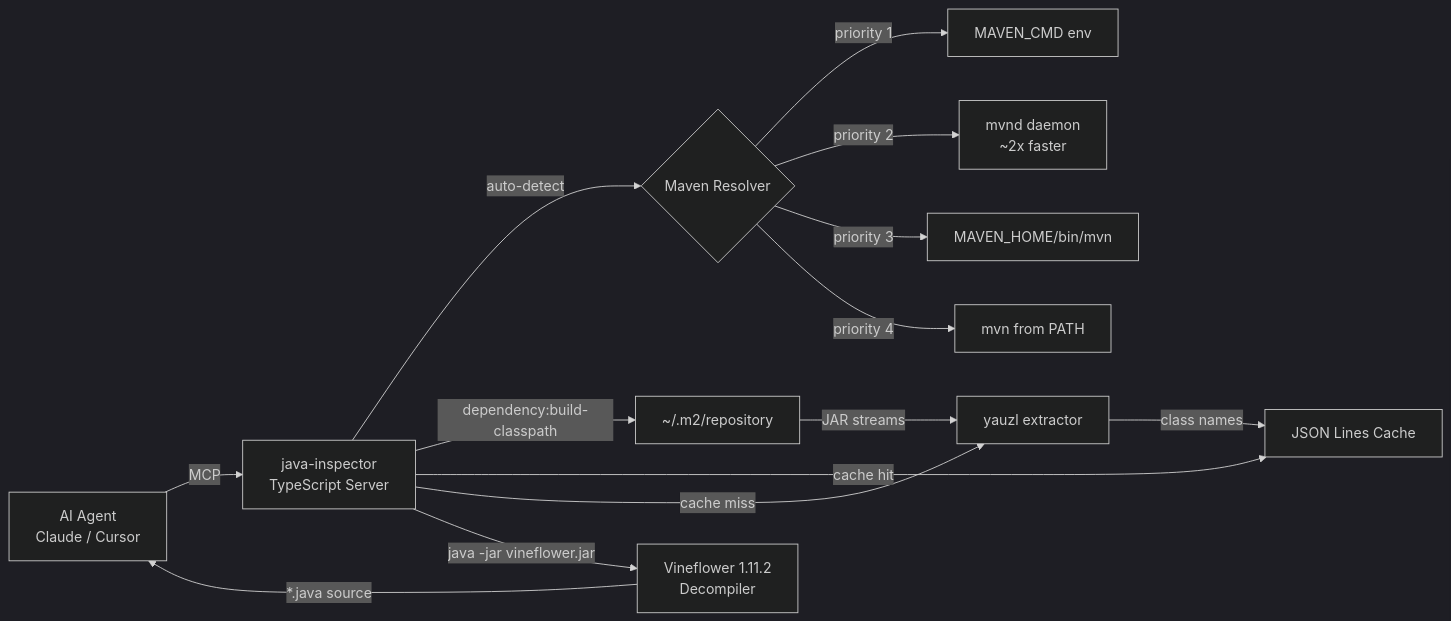
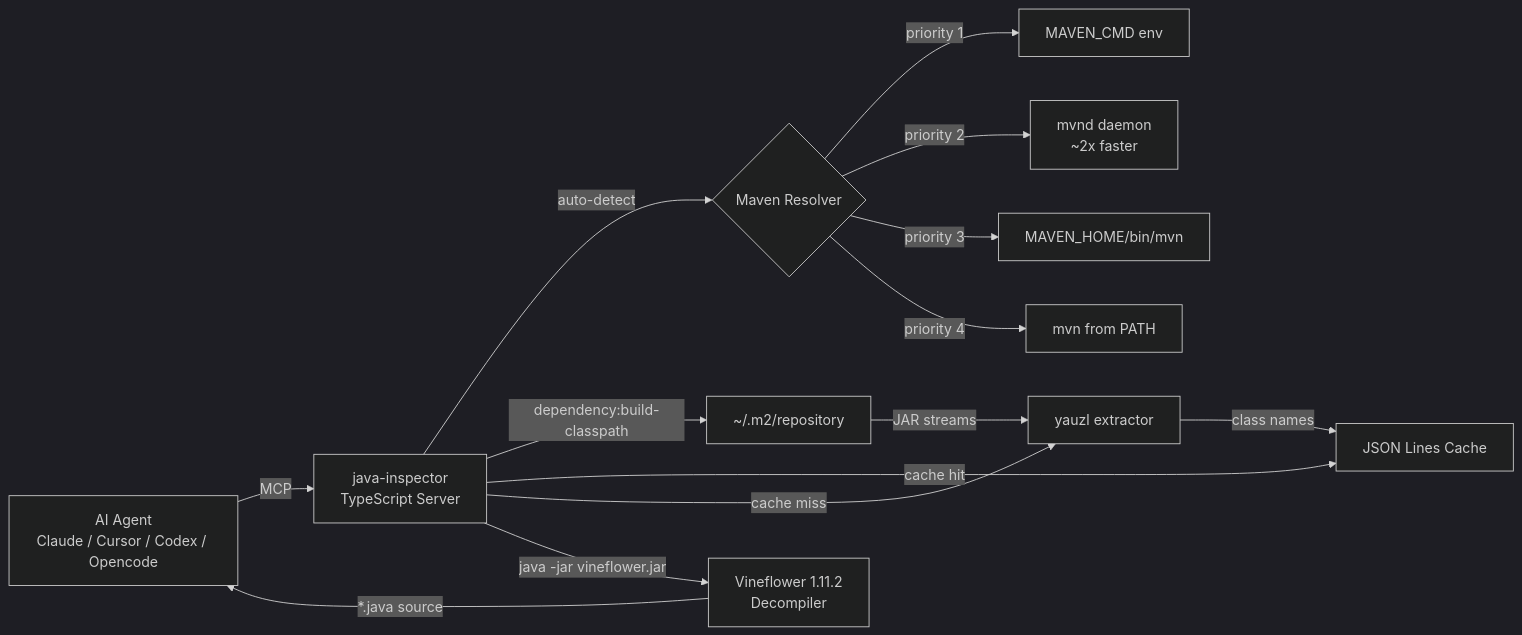
One commit to mustafagoksever/java-inspector changed the first of 3 diagrams in README.md. Above: the diagram before and after it, drawn with Mermaid (dark theme). The commit also changed other lines of this file and 7 other files, not shown here.

````diff
--- a/README.md
+++ b/README.md
@@ -30,16 +43,16 @@
 ```mermaid
 graph LR
-    A[AI Agent<br/>Claude / Cursor] -->|MCP| B[java-inspector<br/>TypeScript Server]
+    A[AI Agent<br/>Claude / Cursor / Codex / Opencode] -->|MCP| B[java-inspector<br/>TypeScript Server]
     B -->|auto-detect| C{Maven Resolver}
     C -->|priority 1| D[MAVEN_CMD env]
     C -->|priority 2| E[mvnd daemon<br/>~2x faster]
     C -->|priority 3| F[MAVEN_HOME/bin/mvn]
     C -->|priority 4| G[mvn from PATH]
     B -->|dependency:build-classpath| H[~/.m2/repository]
     H -->|JAR streams| I[yauzl extractor]
     I -->|class names| J[JSON Lines Cache]
     B -->|cache hit| J
     B -->|cache miss| I
     B -->|java -jar vineflower.jar| K[Vineflower 1.11.2<br/>Decompiler]
     K -->|*.java source| A
 ```
````
